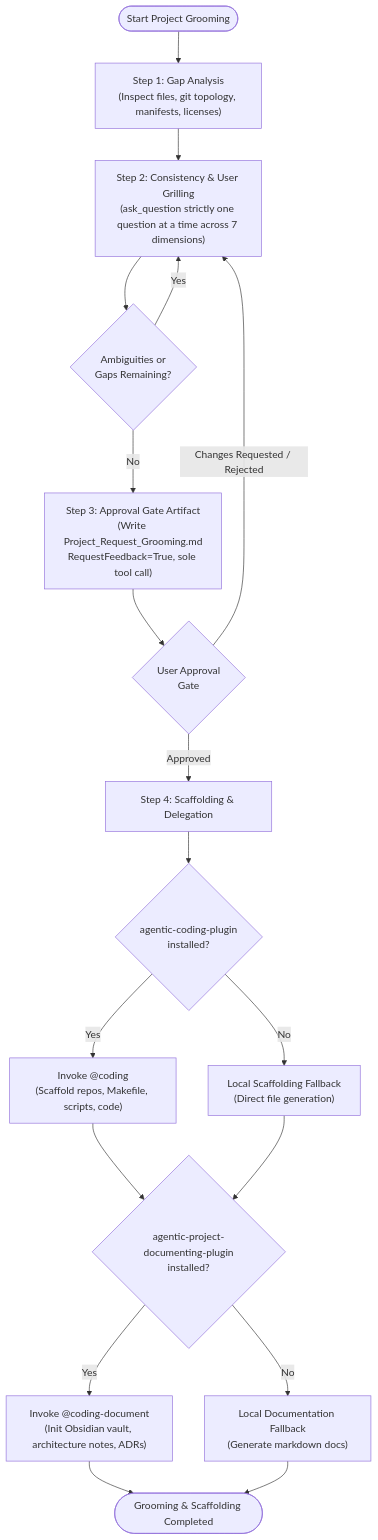
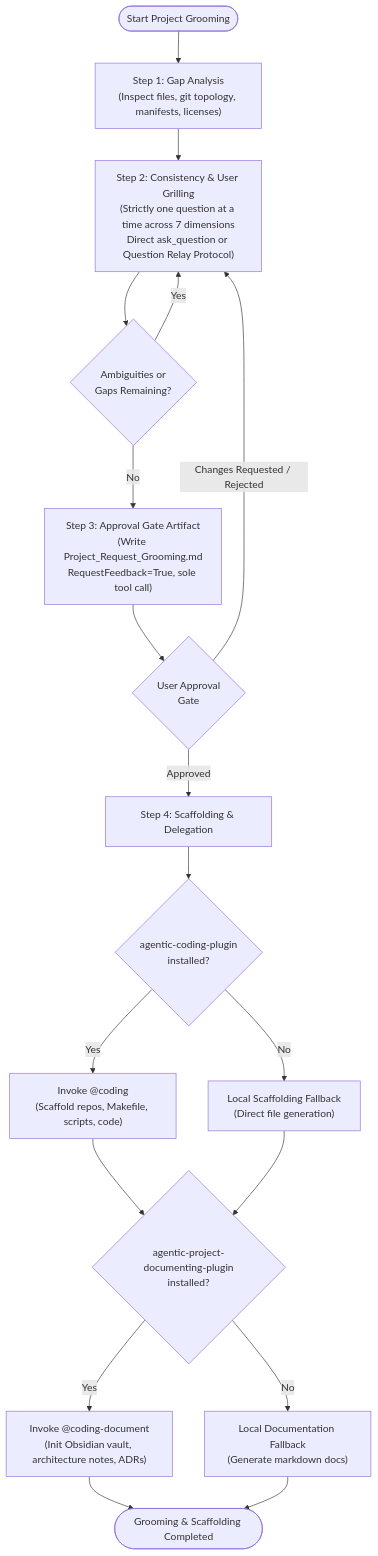
Before and after one commit to gpfister/agentic-project-grooming-plugin: the diagram in skills/project-grooming/SKILL.md, drawn with Mermaid. The commit also changed other lines of this file and 5 other files, not shown here.

Commit message:
feat(relay): implement dual-mode Question Relay Protocol for project grooming

````diff
--- a/skills/project-grooming/SKILL.md
+++ b/skills/project-grooming/SKILL.md
@@ -14,24 +14,24 @@
 ```mermaid
 flowchart TD
     Start(["Start Project Grooming"]) --> Step1["Step 1: Gap Analysis<br/>(Inspect files, git topology, manifests, licenses)"]
-    Step1 --> Step2["Step 2: Consistency & User Grilling<br/>(ask_question strictly one question at a time across 7 dimensions)"]
+    Step1 --> Step2["Step 2: Consistency & User Grilling<br/>(Strictly one question at a time across 7 dimensions<br/>Direct ask_question or Question Relay Protocol)"]
     Step2 --> MoreQuestions{"Ambiguities or<br/>Gaps Remaining?"}
     MoreQuestions -->|"Yes"| Step2
     MoreQuestions -->|"No"| Step3["Step 3: Approval Gate Artifact<br/>(Write Project_Request_Grooming.md<br/>RequestFeedback=True, sole tool call)"]
     Step3 --> UserGate{"User Approval<br/>Gate"}
     UserGate -->|"Changes Requested / Rejected"| Step2
     UserGate -->|"Approved"| Step4["Step 4: Scaffolding & Delegation"]
     
     Step4 --> CodingCheck{"agentic-coding-plugin<br/>installed?"}
     CodingCheck -->|"Yes"| InvokeCoding["Invoke @coding<br/>(Scaffold repos, Makefile, scripts, code)"]
     CodingCheck -->|"No"| FallbackCoding["Local Scaffolding Fallback<br/>(Direct file generation)"]
     
     InvokeCoding --> DocCheck{"agentic-project-documenting-plugin<br/>installed?"}
     FallbackCoding --> DocCheck
     
     DocCheck -->|"Yes"| InvokeDoc["Invoke @coding-document<br/>(Init Obsidian vault, architecture notes, ADRs)"]
     DocCheck -->|"No"| FallbackDoc["Local Documentation Fallback<br/>(Generate markdown docs)"]
     
     InvokeDoc --> Completed(["Grooming & Scaffolding Completed"])
     FallbackDoc --> Completed
 ```
````
